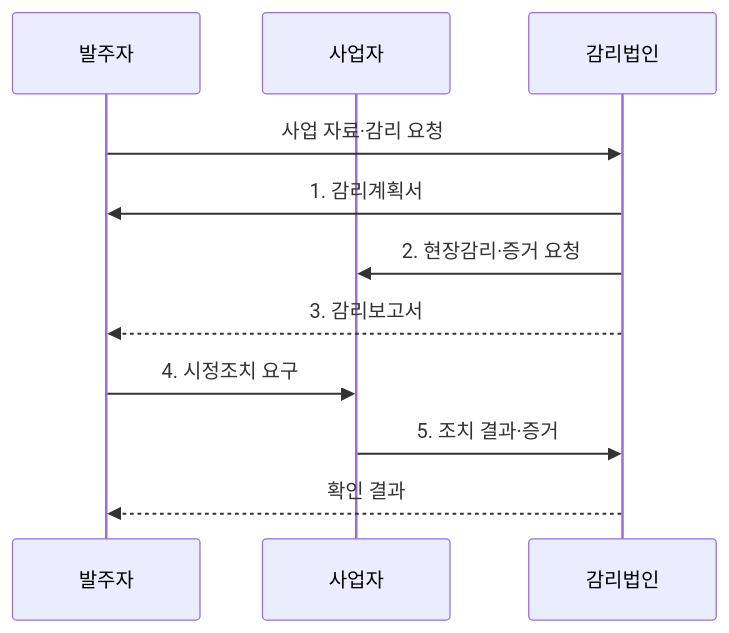
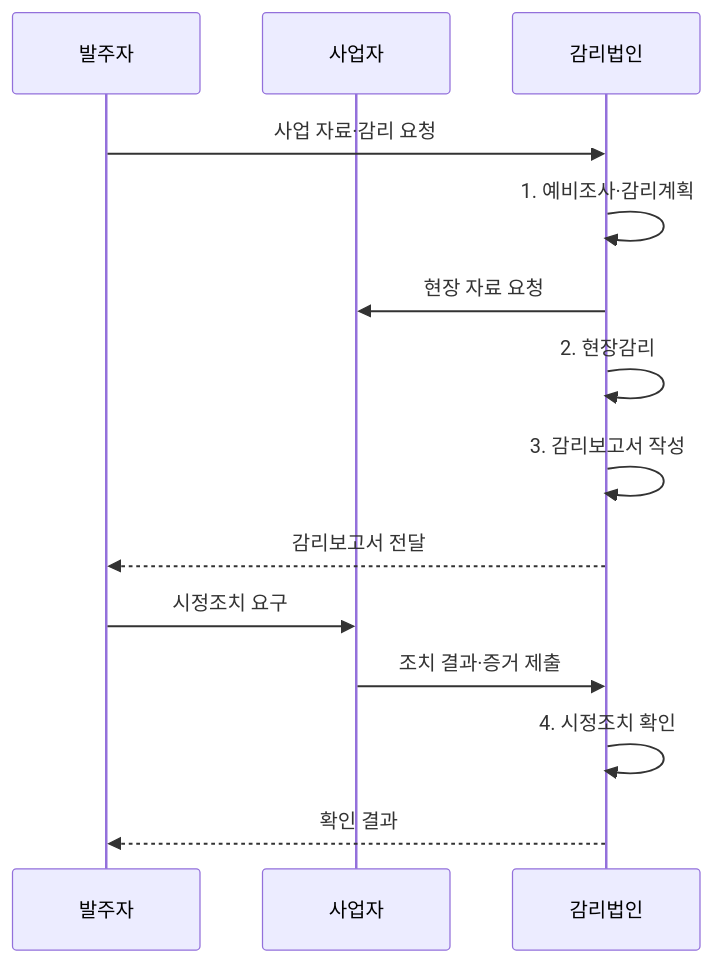
The second of 2 diagrams in src/content/docs/notes/06-evaluation/042_information_system_audit_procedure.md (agnusdei1207/knowledge-base), drawn with Mermaid before and after one commit. The commit also changed other lines of this file and 11 other files, not shown here.

````diff
--- a/src/content/docs/notes/06-evaluation/042_information_system_audit_procedure.md
+++ b/src/content/docs/notes/06-evaluation/042_information_system_audit_procedure.md
@@ -86,13 +85,16 @@
 ```mermaid
 sequenceDiagram
     participant C as 발주자
     participant S as 사업자
     participant A as 감리법인
     C->>A: 사업 자료·감리 요청
-    A->>C: 1. 감리계획서
-    A->>S: 2. 현장감리·증거 요청
-    A-->>C: 3. 감리보고서
-    C->>S: 4. 시정조치 요구
-    S->>A: 5. 조치 결과·증거
+    A->>A: 1. 예비조사·감리계획
+    A->>S: 현장 자료 요청
+    A->>A: 2. 현장감리
+    A->>A: 3. 감리보고서 작성
+    A-->>C: 감리보고서 전달
+    C->>S: 시정조치 요구
+    S->>A: 조치 결과·증거 제출
+    A->>A: 4. 시정조치 확인
     A-->>C: 확인 결과
 ```
````
